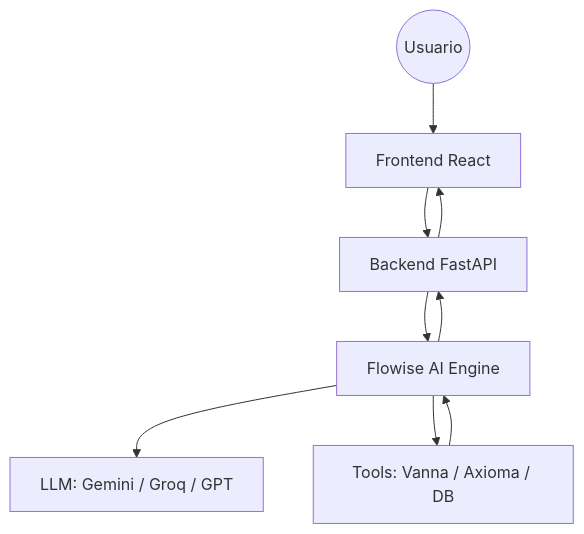
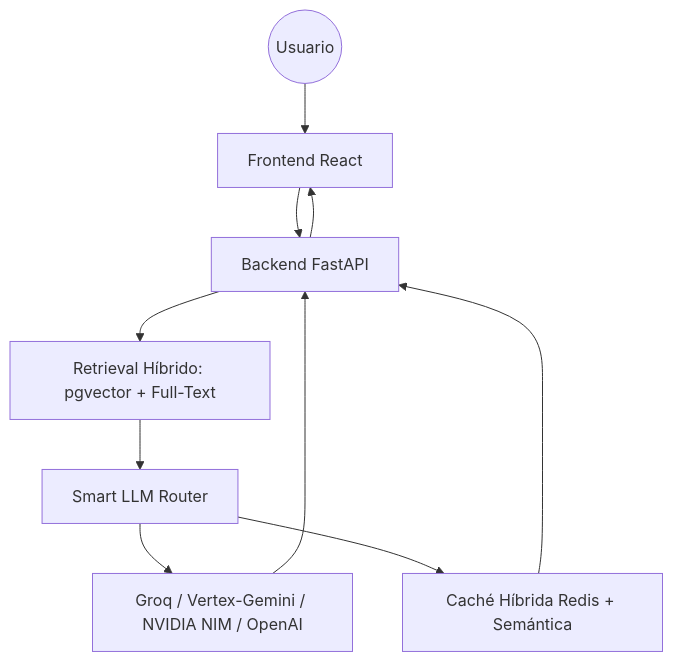
One commit to imarthe75/consulta-smart changed the diagram in README.md. Above: the diagram before and after it, drawn with Mermaid. The commit also changed other lines of this file, not shown here.

Commit message:
docs: update README to reflect multitenant architecture and removal of Flowise dependency

````diff
--- a/README.md
+++ b/README.md
@@ -26,11 +34,12 @@
 ```mermaid
 graph TD
     User((Usuario)) --> FE[Frontend React]
     FE --> BE[Backend FastAPI]
-    BE --> FW[Flowise AI Engine]
-    FW --> LLM[LLM: Gemini / Groq / GPT]
-    FW --> Tools[Tools: Vanna / Axioma / DB]
-    Tools --> FW
-    FW --> BE
+    BE --> KB[Retrieval Híbrido: pgvector + Full-Text]
+    KB --> Router[Smart LLM Router]
+    Router --> LLM[Groq / Vertex-Gemini / NVIDIA NIM / OpenAI]
+    Router --> Cache[Caché Híbrida Redis + Semántica]
+    LLM --> BE
+    Cache --> BE
     BE --> FE
 ```
````
